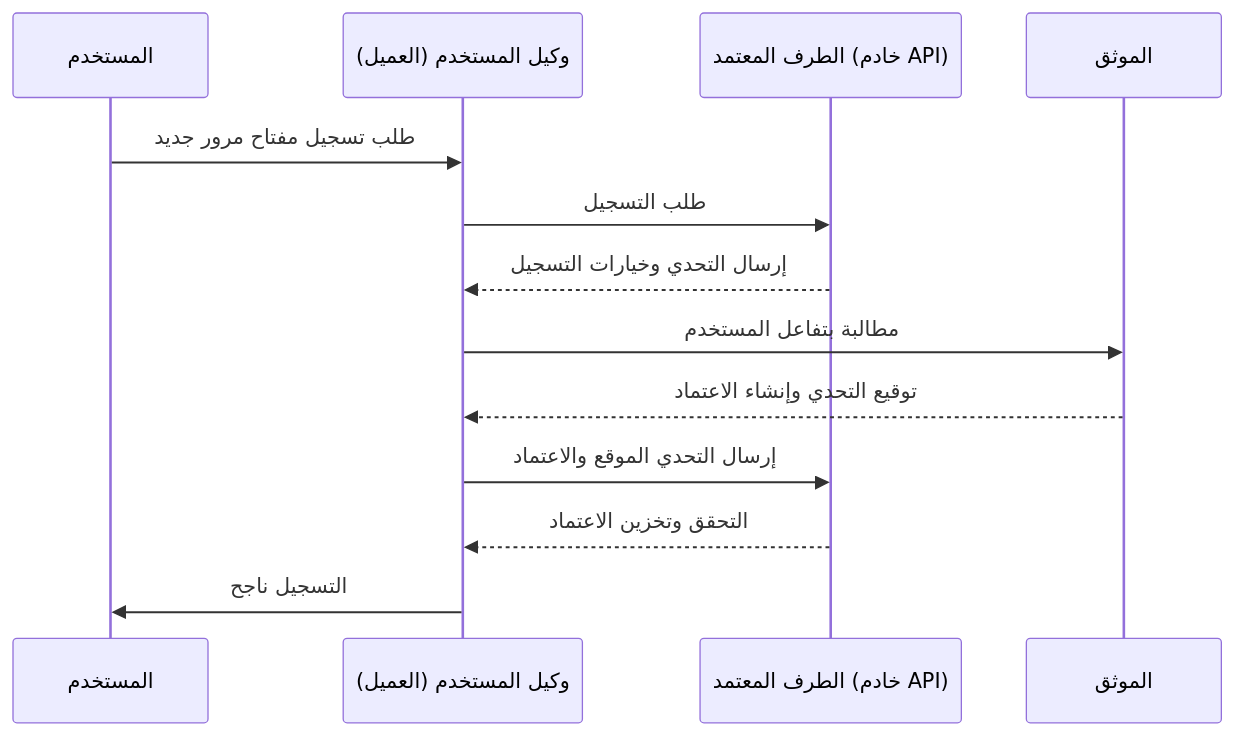
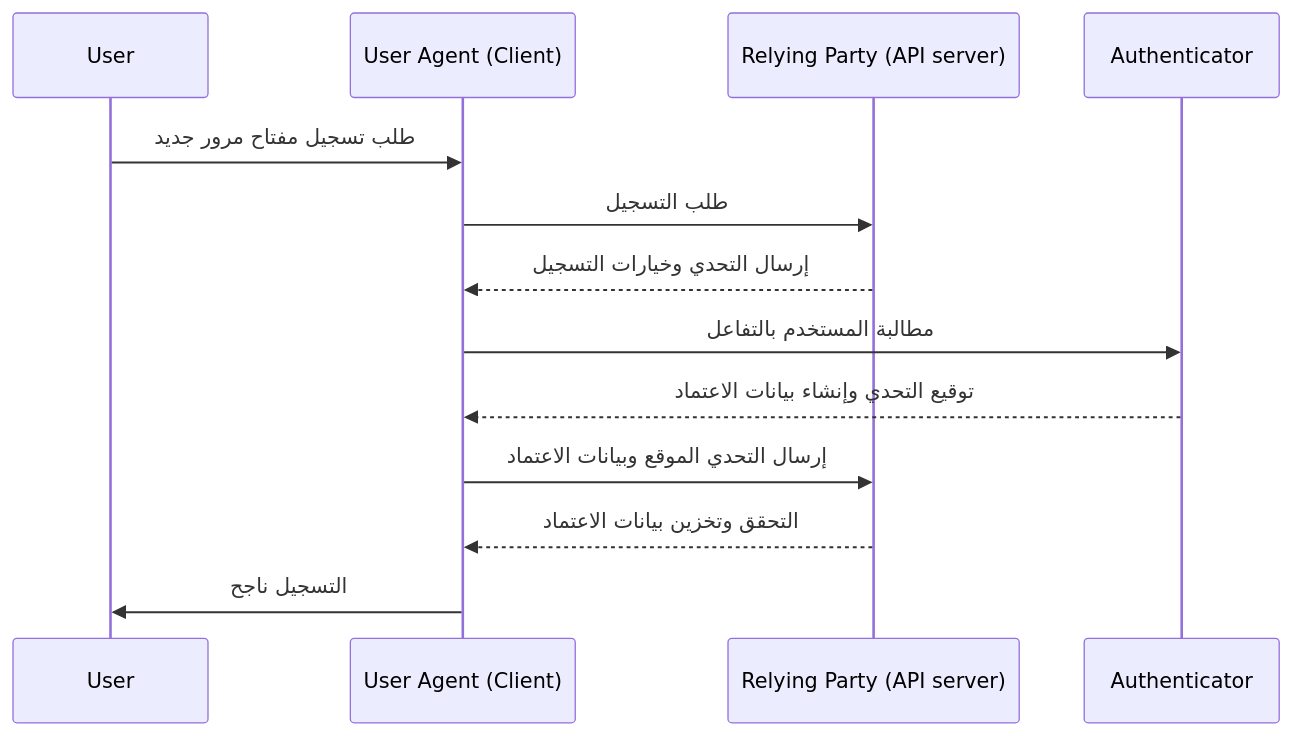
Before and after one commit to logto-io/auth-wiki: the first of 2 diagrams in src/content/terms/ar/webauthn.mdx, drawn with Mermaid. The commit also changed other lines of this file and 98 other files, not shown here.

````diff
--- a/src/content/terms/ar/webauthn.mdx
+++ b/src/content/terms/ar/webauthn.mdx
@@ -39,16 +47,16 @@
 ```mermaid
 sequenceDiagram
-	participant المستخدم
-	participant وكيل المستخدم (العميل)
-	participant الطرف المعتمد (خادم API) 
-	participant الموثق
+	participant User
+	participant User Agent (Client)
+	participant Relying Party (API server) 
+	participant Authenticator
 
-	المستخدم ->> وكيل المستخدم (العميل): طلب تسجيل مفتاح مرور جديد
-	وكيل المستخدم (العميل) ->> الطرف المعتمد (خادم API): طلب التسجيل
-	الطرف المعتمد (خادم API) -->> وكيل المستخدم (العميل): إرسال التحدي وخيارات التسجيل
-	وكيل المستخدم (العميل) ->> الموثق: مطالبة بتفاعل المستخدم
-	الموثق -->> وكيل المستخدم (العميل): توقيع التحدي وإنشاء الاعتماد
-	وكيل المستخدم (العميل) ->> الطرف المعتمد (خادم API): إرسال التحدي الموقع والاعتماد
-	الطرف المعتمد (خادم API) -->> وكيل المستخدم (العميل): التحقق وتخزين الاعتماد
-	وكيل المستخدم (العميل) ->> المستخدم: التسجيل ناجح
+	User ->> User Agent (Client): طلب تسجيل مفتاح مرور جديد
+	User Agent (Client) ->> Relying Party (API server): طلب التسجيل
+	Relying Party (API server) -->> User Agent (Client): إرسال التحدي وخيارات التسجيل
+	User Agent (Client) ->> Authenticator: مطالبة المستخدم بالتفاعل
+	Authenticator -->> User Agent (Client): توقيع التحدي وإنشاء بيانات الاعتماد
+	User Agent (Client) ->> Relying Party (API server): إرسال التحدي الموقع وبيانات الاعتماد
+	Relying Party (API server) -->> User Agent (Client): التحقق وتخزين بيانات الاعتماد
+	User Agent (Client) ->> User: التسجيل ناجح
 ```
````
